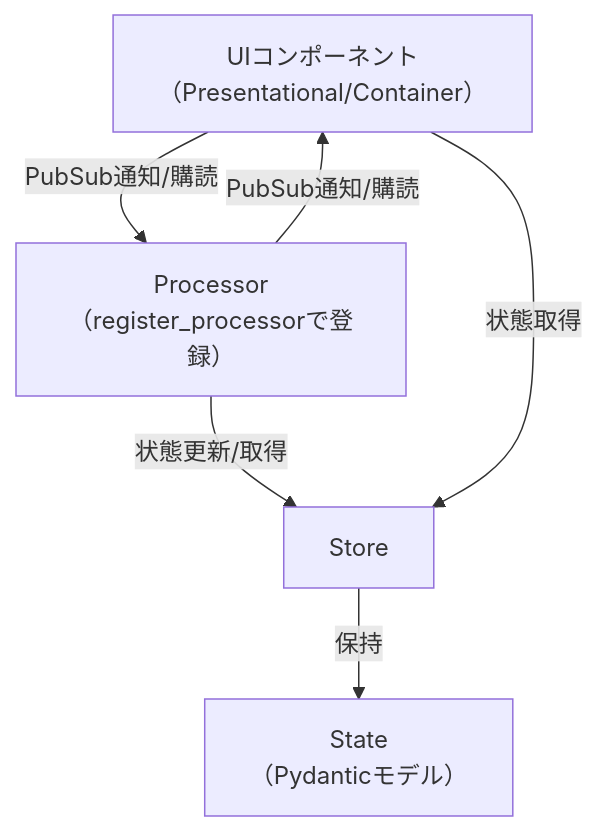
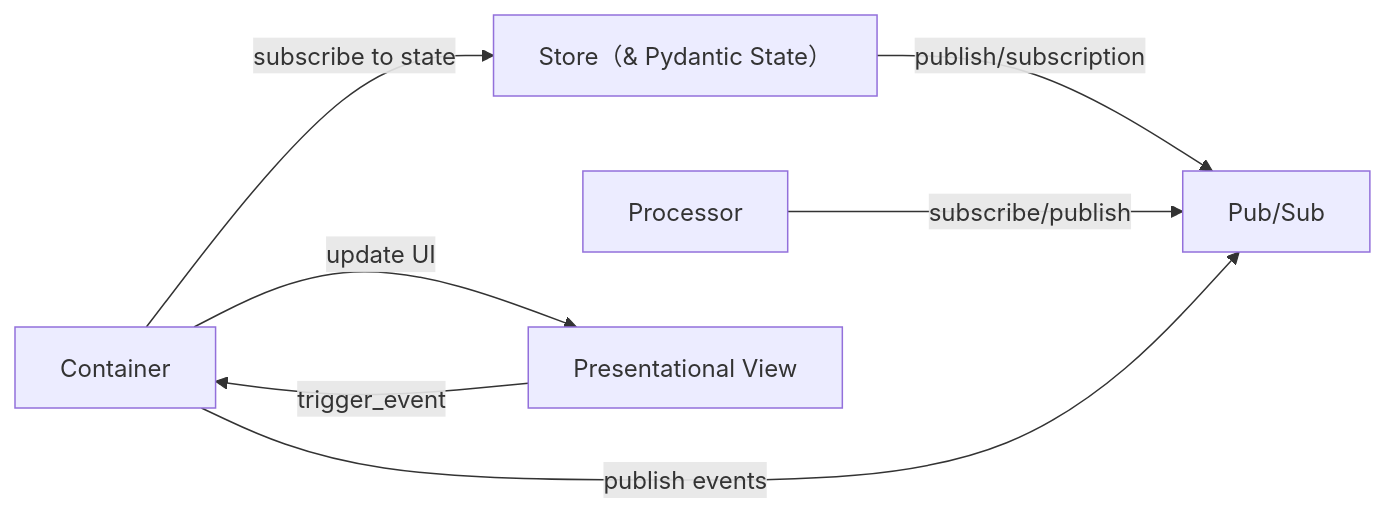
Before and after one commit to vavavavavavavavava/pubsubtk: the diagram in README.md, drawn with Mermaid. The commit also changed other lines of this file, not shown here.

````diff
--- a/README.md
+++ b/README.md
@@ -17,13 +66,14 @@
 ```mermaid
-graph TD
-    UI[UIコンポーネント<br/>（Presentational/Container）]
-    Processor[Processor<br/>（register_processorで登録）]
-    Store[Store]
-    State[State<br/>（Pydanticモデル）]
-
-    UI -- PubSub通知/購読 --> Processor
-    Processor -- PubSub通知/購読 --> UI
-    Processor -- 状態更新/取得 --> Store
-    Store -- 保持 --> State
-    UI -- 状態取得 --> Store
+graph LR
+  Store[Store（& Pydantic State）]
+  PubSub[Pub/Sub]
+  Processor[Processor]
+  Container[Container]
+  View[Presentational View]
+  Store -->|publish/subscription| PubSub
+  Processor -->|subscribe/publish| PubSub
+  Container -->|subscribe to state| Store
+  Container -->|publish events| PubSub
+  View -->|trigger_event| Container
+  Container -->|update UI| View
 ```
````
